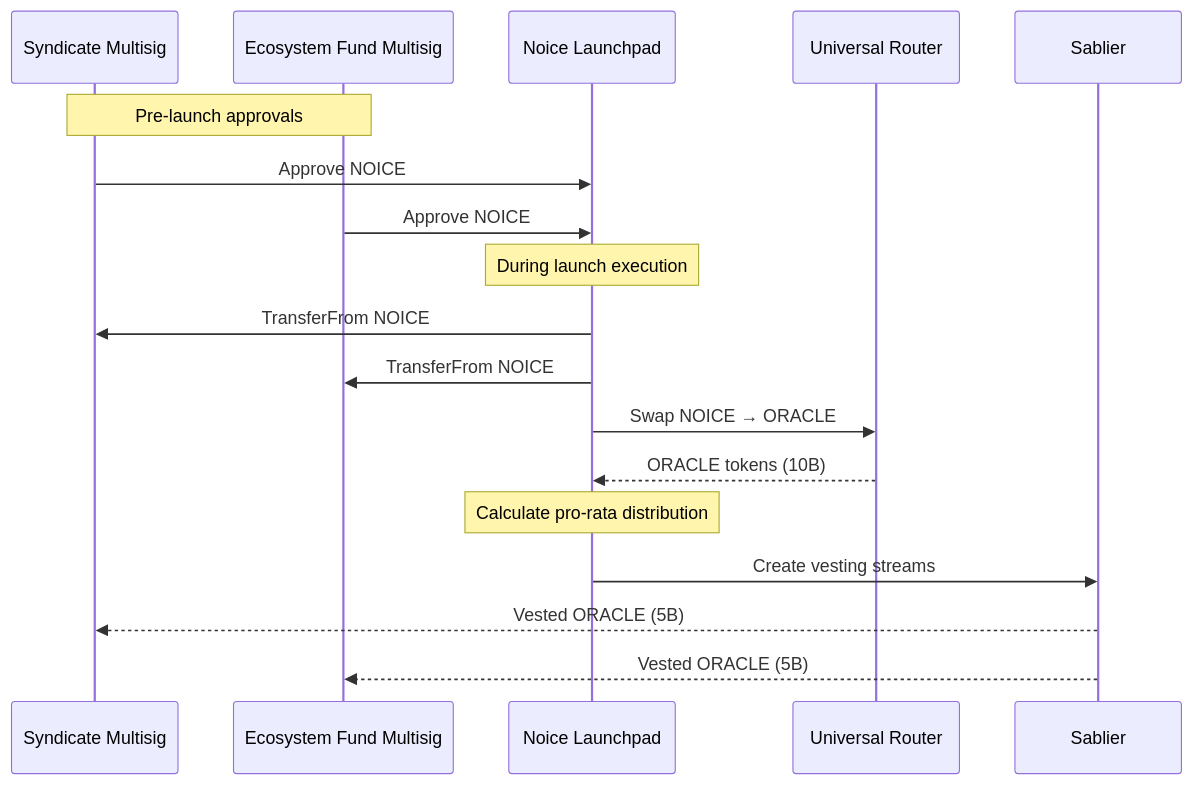
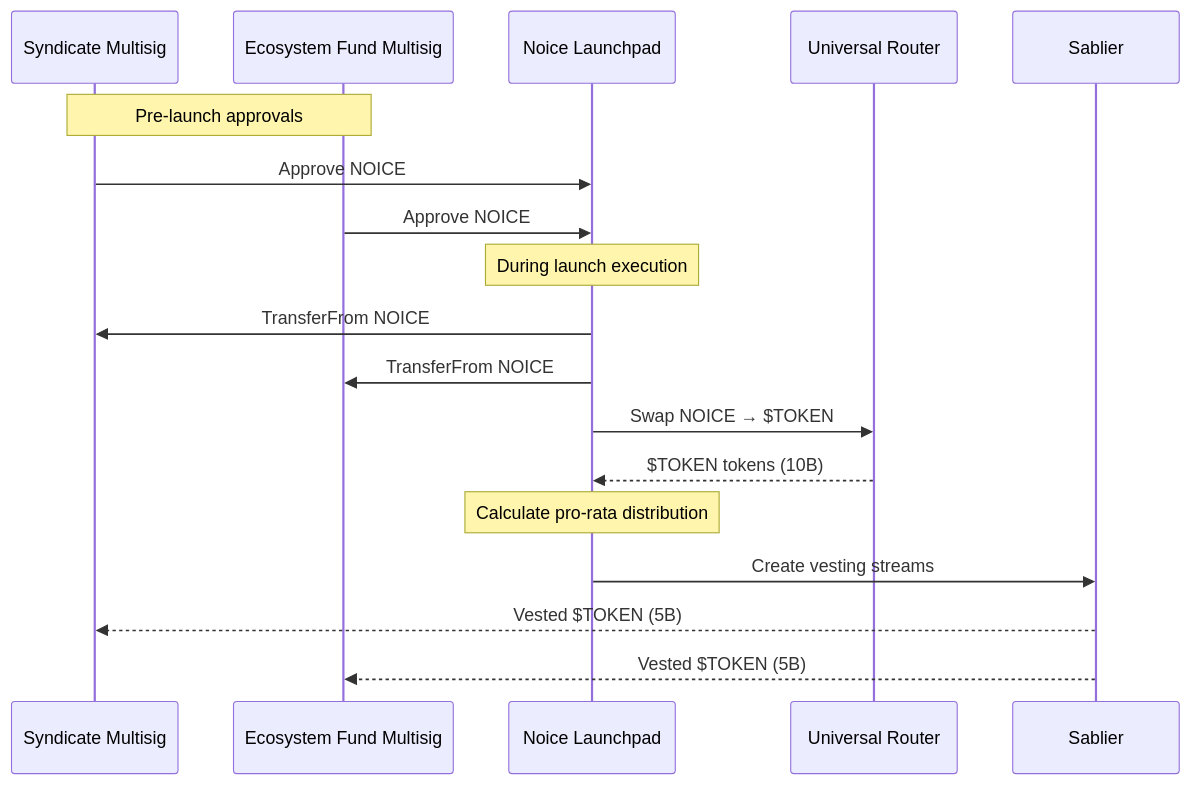
The fifth of 6 diagrams in README.md (noiceengg/contracts), drawn with Mermaid before and after one commit. The commit also changed other lines of this file, not shown here.

````diff
--- a/README.md
+++ b/README.md
@@ -282,27 +284,27 @@
 ```mermaid
 sequenceDiagram
     participant SM as Syndicate Multisig
     participant EFM as Ecosystem Fund Multisig
     participant NL as Noice Launchpad
     participant UR as Universal Router
     participant SAB as Sablier
 
     Note over SM,EFM: Pre-launch approvals
     
     SM->>NL: Approve NOICE
     EFM->>NL: Approve NOICE
     
     Note over NL: During launch execution
     
     NL->>SM: TransferFrom NOICE
     NL->>EFM: TransferFrom NOICE
     
-    NL->>UR: Swap NOICE → ORACLE
-    UR-->>NL: ORACLE tokens (10B)
+    NL->>UR: Swap NOICE → $TOKEN
+    UR-->>NL: $TOKEN tokens (10B)
     
     Note over NL: Calculate pro-rata distribution
     
     NL->>SAB: Create vesting streams
-    SAB-->>SM: Vested ORACLE (5B)
-    SAB-->>EFM: Vested ORACLE (5B)
+    SAB-->>SM: Vested $TOKEN (5B)
+    SAB-->>EFM: Vested $TOKEN (5B)
 ```
````
